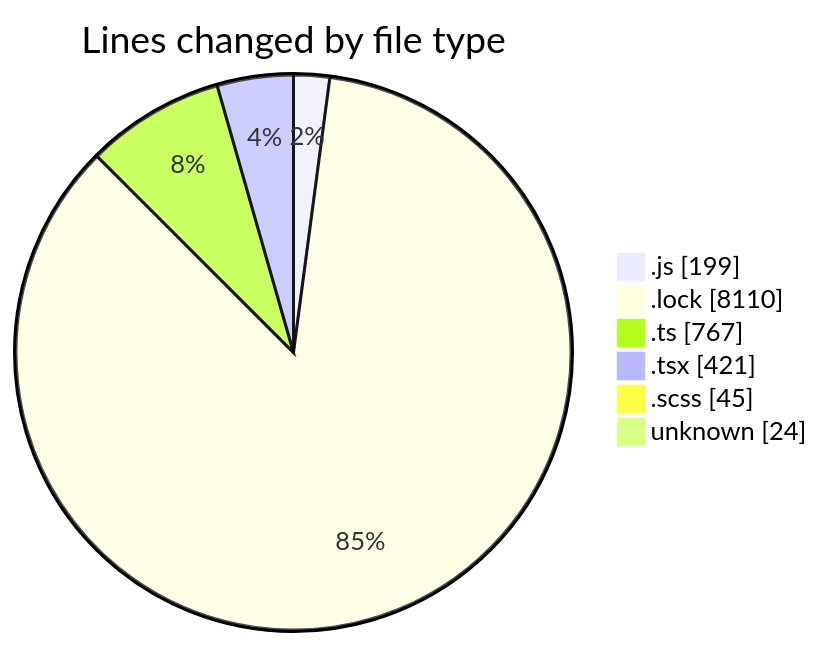
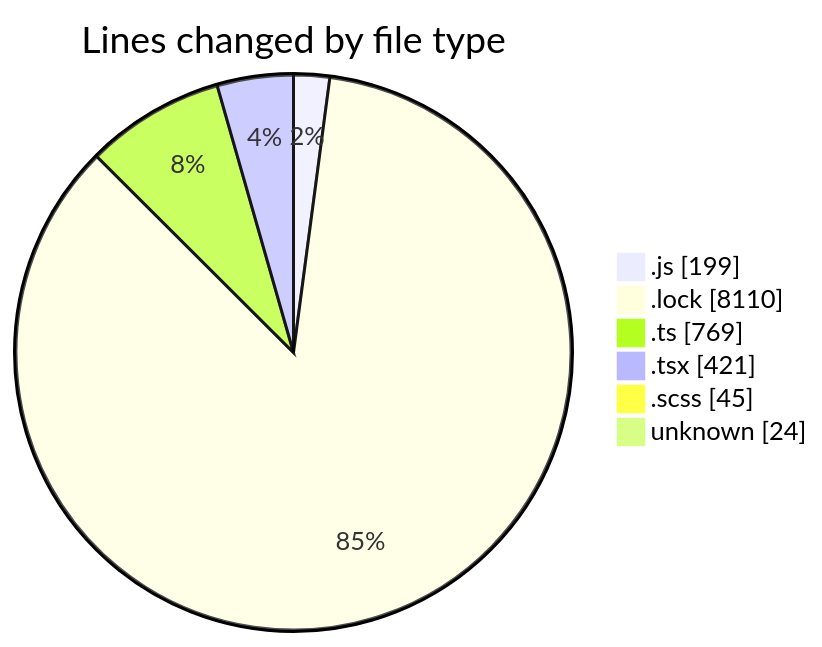
One commit to momahboobian/code-tracking changed the first of 2 diagrams in 2025-02-07/cda/README.md. Above: the diagram before and after it, drawn with Mermaid. The commit also changed other lines of this file and 1 other file, not shown here.

````diff
--- a/2025-02-07/cda/README.md
+++ b/2025-02-07/cda/README.md
@@ -47,10 +48,10 @@
 ```mermaid
 pie showData
 title Lines changed by file type
 ".js" : 199
 ".lock" : 8110
-".ts" : 767
+".ts" : 769
 ".tsx" : 421
 ".scss" : 45
 "unknown" : 24
 ```
````
